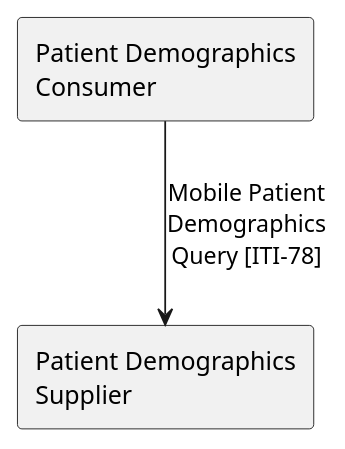
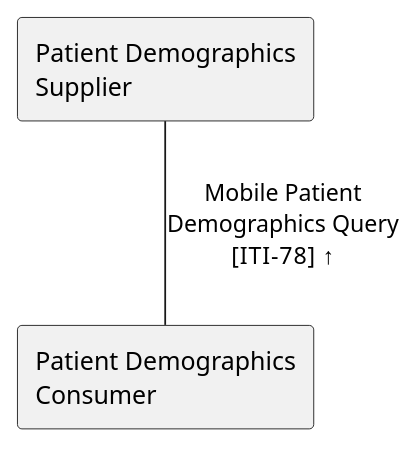
The diagram in input/images-source/PDQm-Actor-Diagram.plantuml (IHE/ITI.PDQm), drawn with PlantUML before and after one commit. The commit also changed 34 other files, not shown here.

```diff
--- a/input/images-source/PDQm-Actor-Diagram.plantuml
+++ b/input/images-source/PDQm-Actor-Diagram.plantuml
@@ -1,5 +1,5 @@
 @startuml
 agent "Patient Demographics\nConsumer" as Client
 agent "Patient Demographics\nSupplier" as Server
-Client -down-> Server  : "Mobile Patient\nDemographics\nQuery [ITI-78]"
+Server -- Client  : "Mobile Patient\nDemographics Query\n[ITI-78] ↑" 
 @enduml
```
